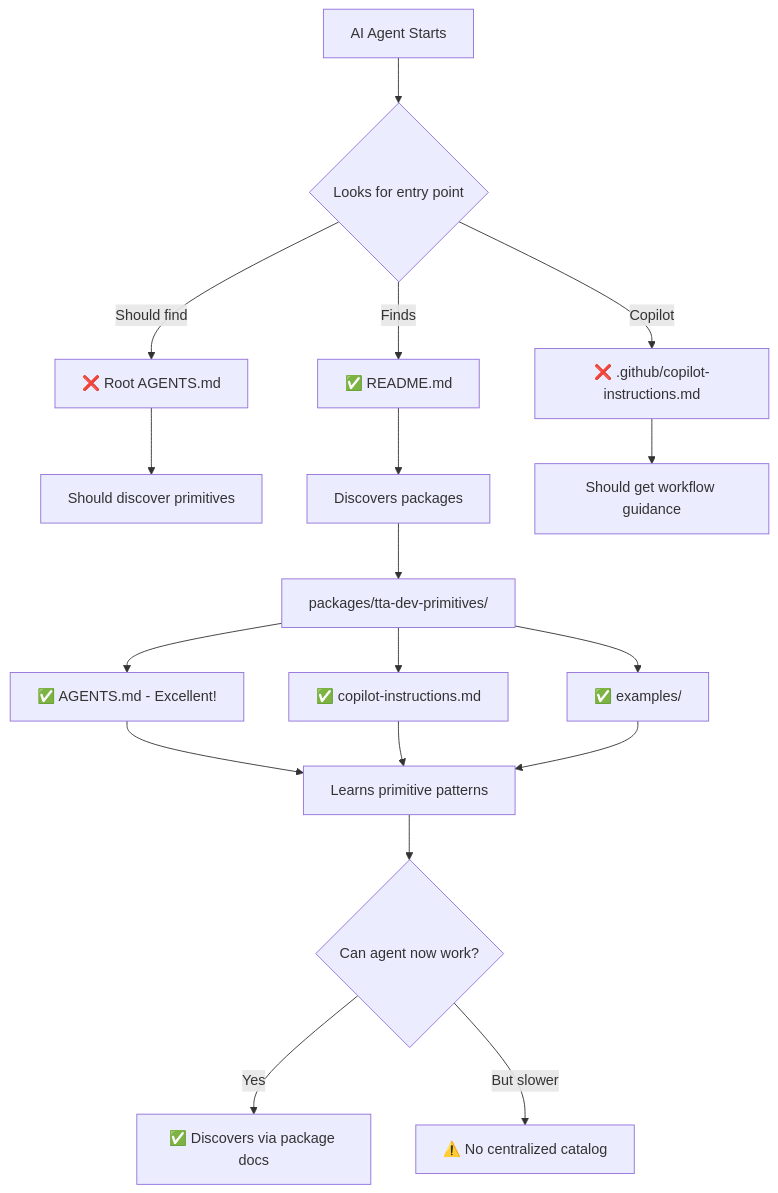
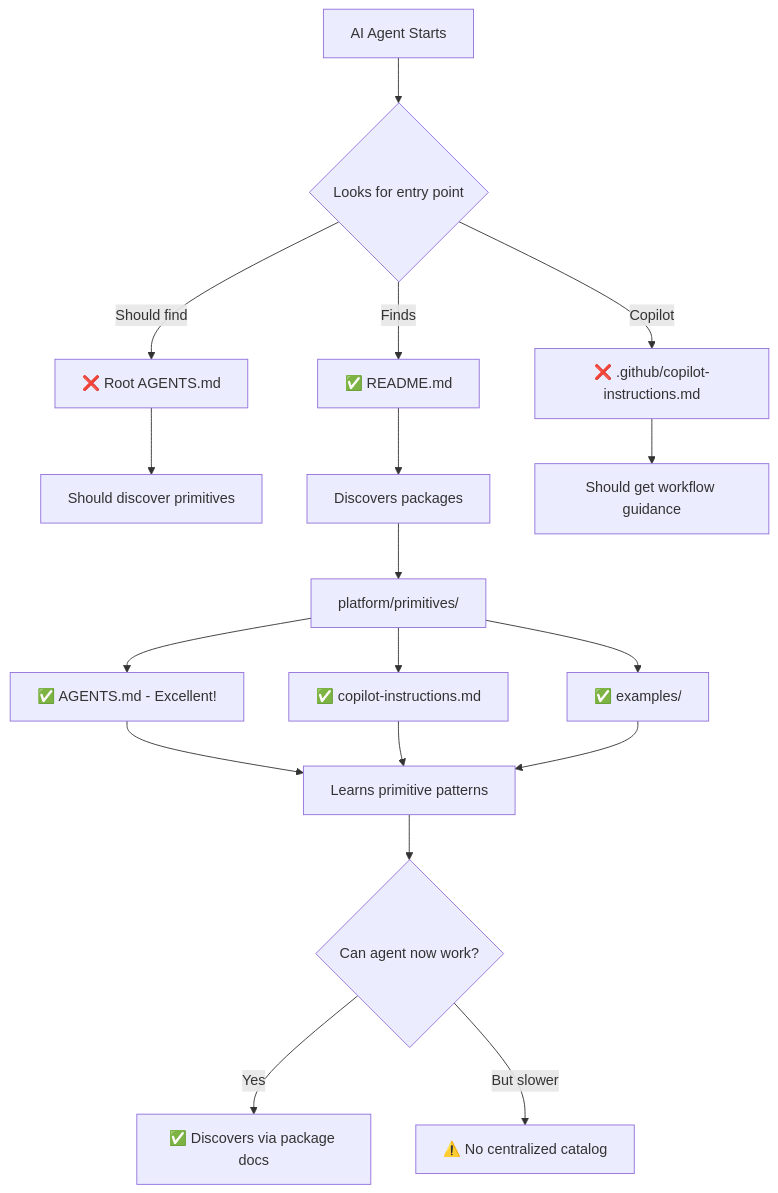
One commit to theinterneti/TTA.dev changed the diagram in docs/architecture/AI_AGENT_DISCOVERABILITY_AUDIT.md. Above: the diagram before and after it, drawn with Mermaid. The commit also changed other lines of this file and 77 other files, not shown here.

````diff
--- a/docs/architecture/AI_AGENT_DISCOVERABILITY_AUDIT.md
+++ b/docs/architecture/AI_AGENT_DISCOVERABILITY_AUDIT.md
@@ -103,24 +103,24 @@
 ```mermaid
 graph TD
     A[AI Agent Starts] --> B{Looks for entry point}
     B -->|Should find| C[❌ Root AGENTS.md]
     B -->|Finds| D[✅ README.md]
     B -->|Copilot| E[❌ .github/copilot-instructions.md]
 
     C --> F[Should discover primitives]
     D --> G[Discovers packages]
     E --> H[Should get workflow guidance]
 
-    G --> I[packages/tta-dev-primitives/]
+    G --> I[platform/primitives/]
     I --> J[✅ AGENTS.md - Excellent!]
     I --> K[✅ copilot-instructions.md]
     I --> L[✅ examples/]
 
     J --> M[Learns primitive patterns]
     K --> M
     L --> M
 
     M --> N{Can agent now work?}
     N -->|Yes| O[✅ Discovers via package docs]
     N -->|But slower| P[⚠️ No centralized catalog]
 ```
````
